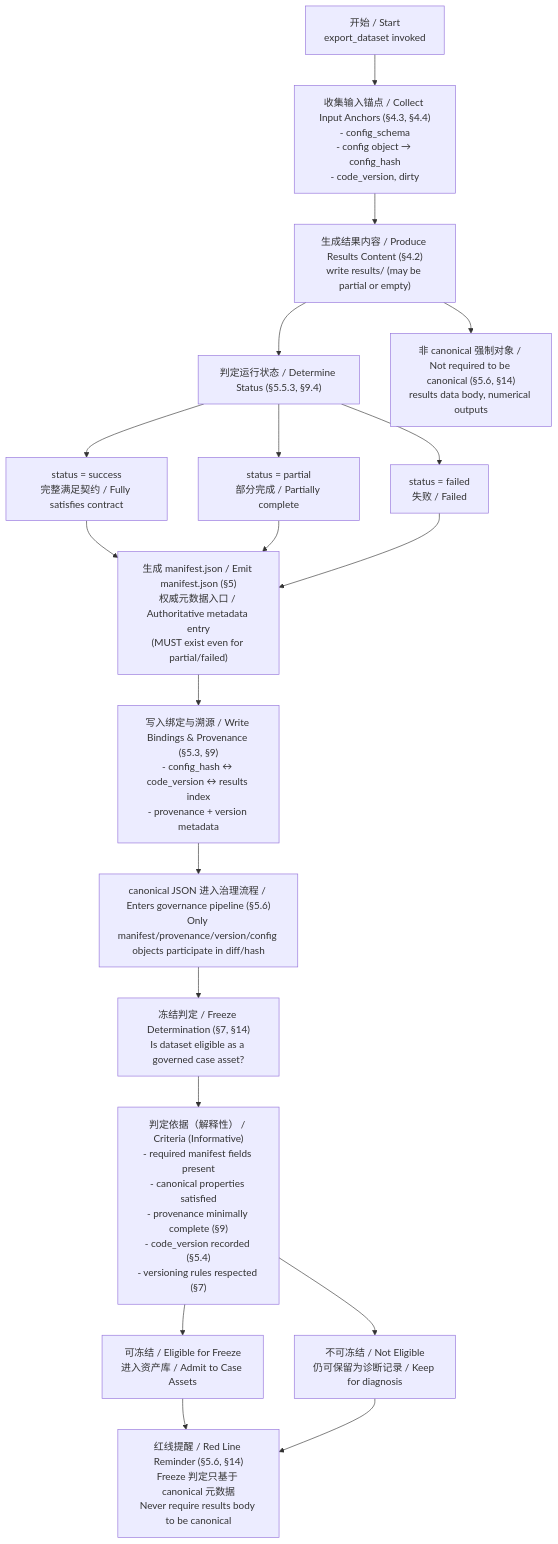
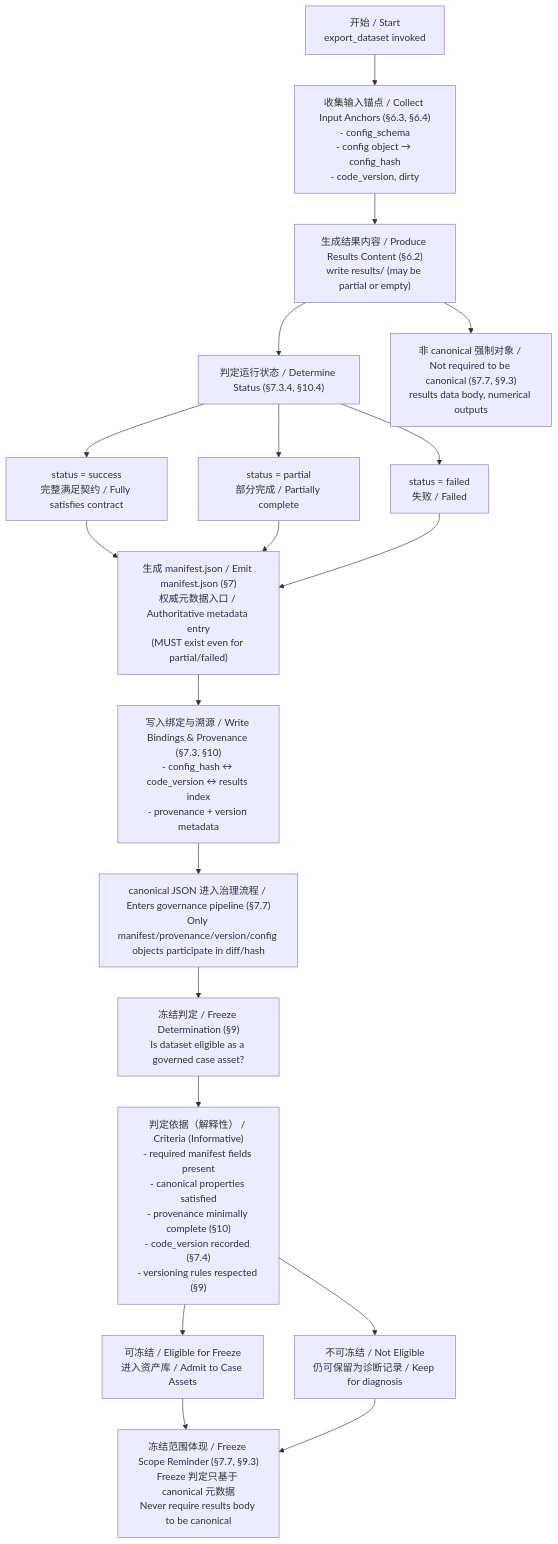
The second of 2 diagrams in docs/specs/dataset-spec.md (CYPeriTech/PeriSci), drawn with Mermaid before and after one commit. The commit also changed other lines of this file, not shown here.

````diff
--- a/docs/specs/dataset-spec.md
+++ b/docs/specs/dataset-spec.md
@@ -918,62 +2157,62 @@
 ```mermaid
 flowchart TD
   %% ========= Start =========
   START["开始 / Start\nexport_dataset invoked"]
 
   %% ========= Collect anchors =========
-  STEP1["收集输入锚点 / Collect Input Anchors (§4.3, §4.4)\n- config_schema\n- config object → config_hash\n- code_version, dirty"]
+  STEP1["收集输入锚点 / Collect Input Anchors (§6.3, §6.4)\n- config_schema\n- config object → config_hash\n- code_version, dirty"]
   START --> STEP1
 
   %% ========= Execute / produce outputs =========
-  STEP2["生成结果内容 / Produce Results Content (§4.2)\nwrite results/ (may be partial or empty)"]
+  STEP2["生成结果内容 / Produce Results Content (§6.2)\nwrite results/ (may be partial or empty)"]
   STEP1 --> STEP2
 
   %% ========= Determine status =========
-  DECIDE["判定运行状态 / Determine Status (§5.5.3, §9.4)"]
+  DECIDE["判定运行状态 / Determine Status (§7.3.4, §10.4)"]
   STEP2 --> DECIDE
 
   SUCCESS["status = success\n完整满足契约 / Fully satisfies contract"]
   PARTIAL["status = partial\n部分完成 / Partially complete"]
   FAILED["status = failed\n失败 / Failed"]
 
   DECIDE --> SUCCESS
   DECIDE --> PARTIAL
   DECIDE --> FAILED
 
   %% ========= Always produce manifest =========
-  STEP3["生成 manifest.json / Emit manifest.json (§5)\n权威元数据入口 / Authoritative metadata entry\n(MUST exist even for partial/failed)"]
+  STEP3["生成 manifest.json / Emit manifest.json (§7)\n权威元数据入口 / Authoritative metadata entry\n(MUST exist even for partial/failed)"]
   SUCCESS --> STEP3
   PARTIAL --> STEP3
   FAILED --> STEP3
 
   %% ========= Bindings written in manifest =========
-  STEP4["写入绑定与溯源 / Write Bindings & Provenance (§5.3, §9)\n- config_hash ↔ code_version ↔ results index\n- provenance + version metadata"]
+  STEP4["写入绑定与溯源 / Write Bindings & Provenance (§7.3, §10)\n- config_hash ↔ code_version ↔ results index\n- provenance + version metadata"]
   STEP3 --> STEP4
 
   %% ========= Canonical boundary =========
-  CANON["canonical JSON 进入治理流程 / Enters governance pipeline (§5.6)\nOnly manifest/provenance/version/config objects participate in diff/hash"]
+  CANON["canonical JSON 进入治理流程 / Enters governance pipeline (§7.7)\nOnly manifest/provenance/version/config objects participate in diff/hash"]
   STEP4 --> CANON
 
-  NOCANON["非 canonical 强制对象 / Not required to be canonical (§5.6, §14)\nresults data body, numerical outputs"]
+  NOCANON["非 canonical 强制对象 / Not required to be canonical (§7.7, §9.3)\nresults data body, numerical outputs"]
   STEP2 --> NOCANON
 
   %% ========= Freeze determination boundary =========
-  FREEZE["冻结判定 / Freeze Determination (§7, §14)\nIs dataset eligible as a governed case asset?"]
+  FREEZE["冻结判定 / Freeze Determination (§9)\nIs dataset eligible as a governed case asset?"]
   CANON --> FREEZE
 
   %% ========= Criteria (informative) =========
-  CRIT["判定依据（解释性） / Criteria (Informative)\n- required manifest fields present\n- canonical properties satisfied\n- provenance minimally complete (§9)\n- code_version recorded (§5.4)\n- versioning rules respected (§7)"]
+  CRIT["判定依据（解释性） / Criteria (Informative)\n- required manifest fields present\n- canonical properties satisfied\n- provenance minimally complete (§10)\n- code_version recorded (§7.4)\n- versioning rules respected (§9)"]
   FREEZE --> CRIT
 
   %% ========= Outcomes =========
   ELIGIBLE["可冻结 / Eligible for Freeze\n进入资产库 / Admit to Case Assets"]
   NOTELIGIBLE["不可冻结 / Not Eligible\n仍可保留为诊断记录 / Keep for diagnosis"]
 
   CRIT --> ELIGIBLE
   CRIT --> NOTELIGIBLE
 
-  %% ========= Red line reminder =========
-  REDLINE["红线提醒 / Red Line Reminder (§5.6, §14)\nFreeze 判定只基于 canonical 元数据\nNever require results body to be canonical"]
-  ELIGIBLE --> REDLINE
-  NOTELIGIBLE --> REDLINE
+  %% ========= Freeze scope reminder =========
+  FREEZESCOPE["冻结范围体现 / Freeze Scope Reminder (§7.7, §9.3)\nFreeze 判定只基于 canonical 元数据\nNever require results body to be canonical"]
+  ELIGIBLE --> FREEZESCOPE
+  NOTELIGIBLE --> FREEZESCOPE
 ```
````
